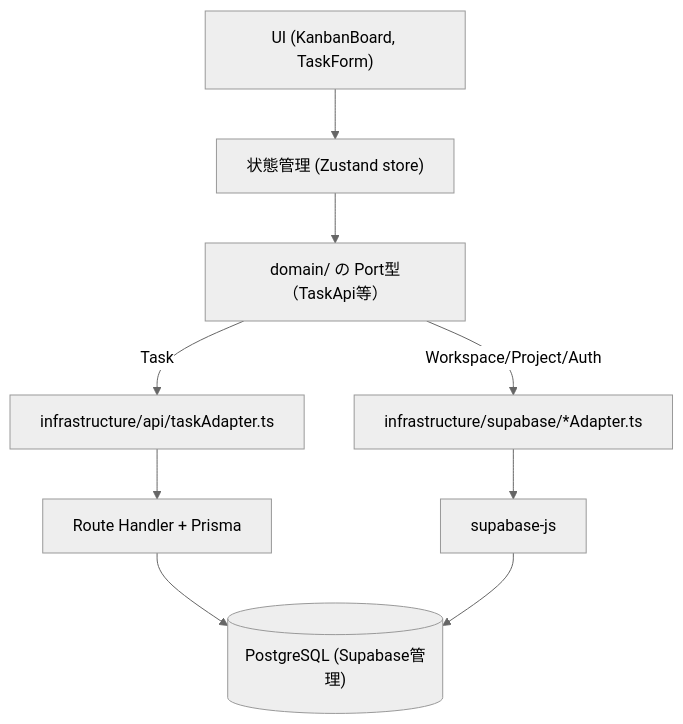
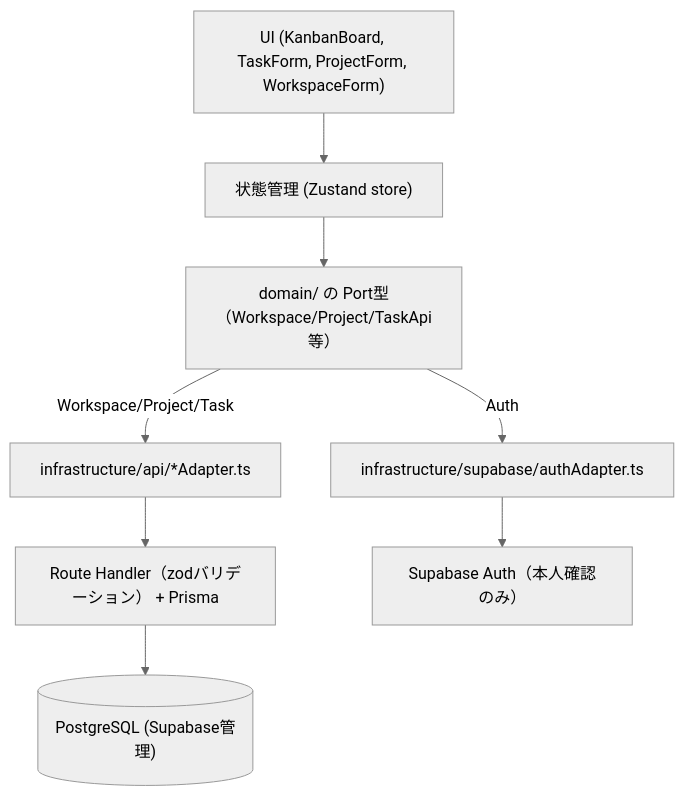
One commit to tsubokura14/taskflow changed the diagram in README.md. Above: the diagram before and after it, drawn with Mermaid (neutral theme). The commit also changed other lines of this file, not shown here.

Commit message:
READMEを修正

````diff
--- a/README.md
+++ b/README.md
@@ -28,9 +30,8 @@
 ```mermaid
 flowchart TD
-    UI["UI (KanbanBoard, TaskForm)"] --> STORE["状態管理 (Zustand store)"]
-    STORE --> PORT["domain/ の Port型（TaskApi等）"]
-    PORT -->|Task| TASKADAPTER["infrastructure/api/taskAdapter.ts"] --> ROUTE["Route Handler + Prisma"]
-    PORT -->|Workspace/Project/Auth| SUPADAPTER["infrastructure/supabase/*Adapter.ts"] --> SUPABASEJS["supabase-js"]
+    UI["UI (KanbanBoard, TaskForm, ProjectForm, WorkspaceForm)"] --> STORE["状態管理 (Zustand store)"]
+    STORE --> PORT["domain/ の Port型（Workspace/Project/TaskApi等）"]
+    PORT -->|Workspace/Project/Task| APIADAPTER["infrastructure/api/*Adapter.ts"] --> ROUTE["Route Handler（zodバリデーション） + Prisma"]
+    PORT -->|Auth| AUTHADAPTER["infrastructure/supabase/authAdapter.ts"] --> SUPABASEAUTH["Supabase Auth（本人確認のみ）"]
     ROUTE --> PG[("PostgreSQL (Supabase管理)")]
-    SUPABASEJS --> PG
 ```
````
